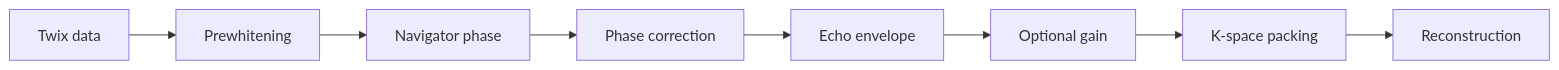
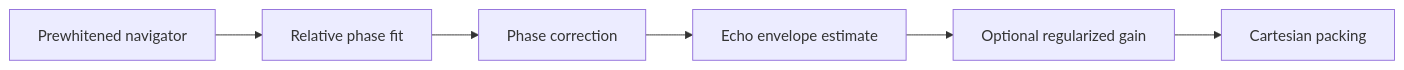
Before and after one commit to BennyZhang-Codes/tse-pulseq-matlab: the diagram in docs/guide/echo-corrections.md, drawn with Mermaid. The commit also changed other lines of this file, not shown here.

Commit message:
docs: normalize echo correction citations and implementation notes

````diff
--- a/docs/guide/echo-corrections.md
+++ b/docs/guide/echo-corrections.md
@@ -11,10 +11,8 @@
 ```mermaid
 flowchart LR
-    A[Twix data] --> B[Prewhitening]
-    B --> C[Navigator phase]
-    C --> D[Phase correction]
-    D --> E[Echo envelope]
-    E --> F[Optional gain]
-    F --> G[K-space packing]
-    G --> H[Reconstruction]
+    A[Prewhitened navigator] --> B[Relative phase fit]
+    B --> C[Phase correction]
+    C --> D[Echo envelope estimate]
+    D --> E[Optional regularized gain]
+    E --> F[Cartesian packing]
 ```
````
